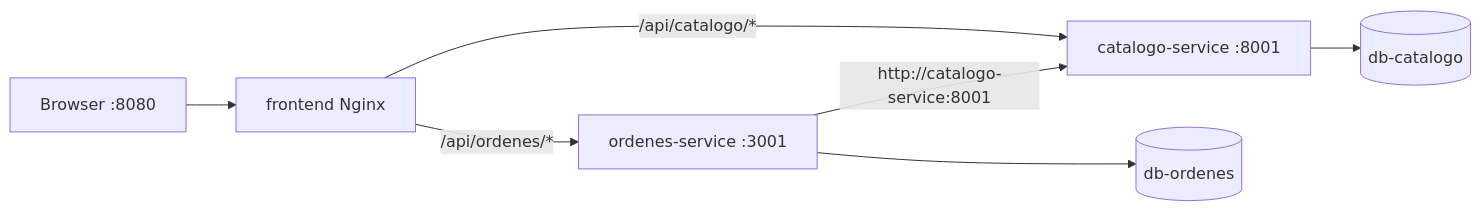
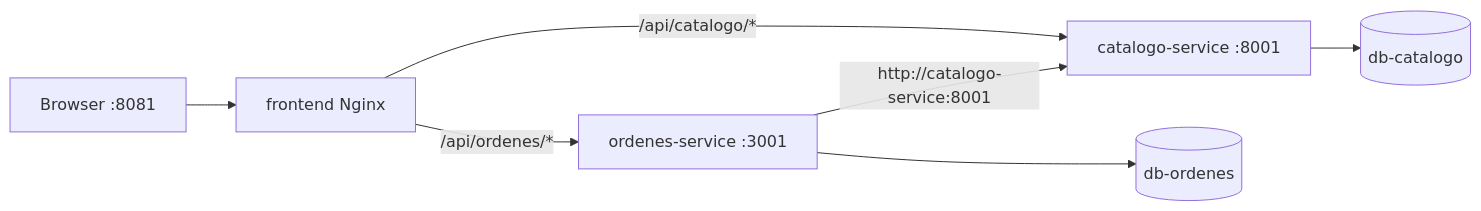
Before and after one commit to frank-henrry/segundo-parcial: the diagram in specs-v2/05-contenedores-local.md, drawn with Mermaid. The commit also changed other lines of this file and 37 other files, not shown here.

````diff
--- a/specs-v2/05-contenedores-local.md
+++ b/specs-v2/05-contenedores-local.md
@@ -20,9 +20,9 @@
 ```mermaid
 flowchart LR
-    B[Browser :8080] --> NX[frontend Nginx]
+    B[Browser :8081] --> NX[frontend Nginx]
     NX -->|/api/catalogo/*| CAT[catalogo-service :8001]
     NX -->|/api/ordenes/*| ORD[ordenes-service :3001]
     CAT --> DBC[(db-catalogo)]
     ORD --> DBO[(db-ordenes)]
     ORD -->|http://catalogo-service:8001| CAT
 ```
````
